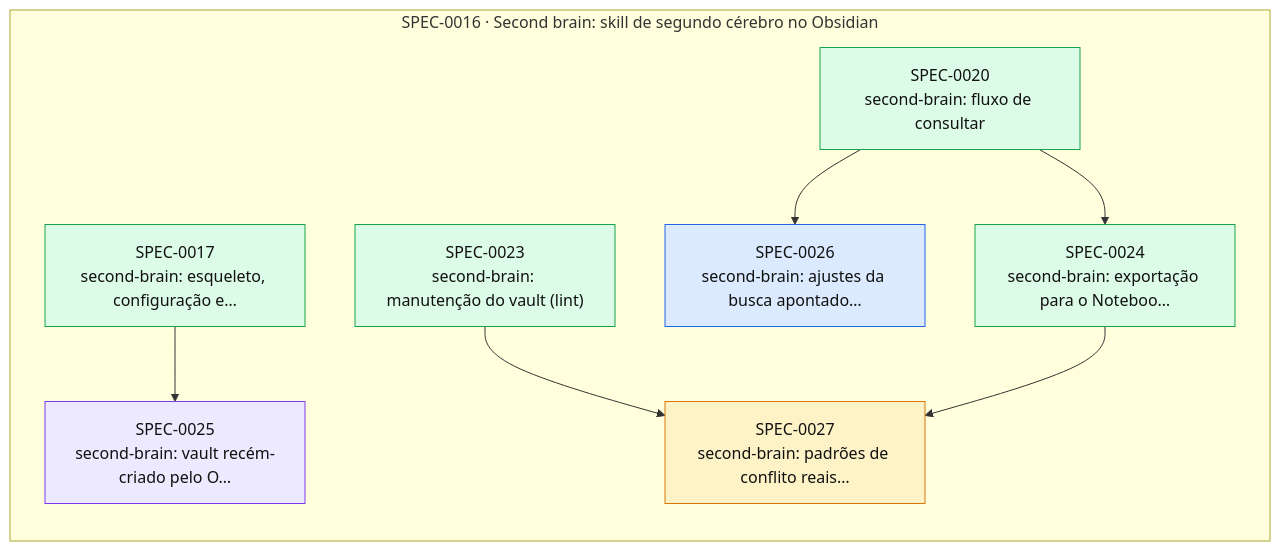
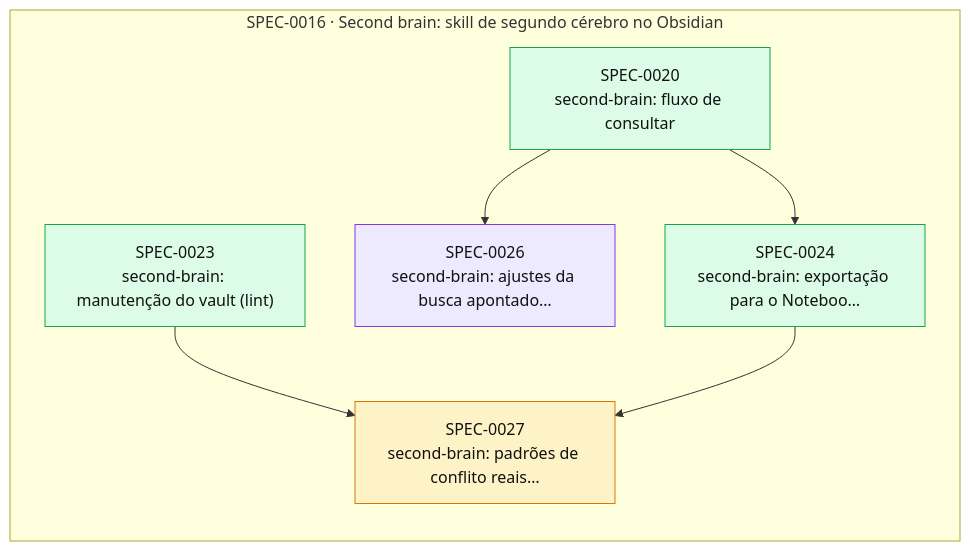
One commit to thomasravache/ai-dev-brain changed the diagram in docs/specs/INDEX.md. Above: the diagram before and after it, drawn with Mermaid. The commit also changed other lines of this file and 2 other files, not shown here.

First line of the commit message:
docs(specs): G7 e fechamento da SPEC-0025; SPEC-0026 em execução

````diff
--- a/docs/specs/INDEX.md
+++ b/docs/specs/INDEX.md
@@ -47,22 +46,19 @@
 ```mermaid
 flowchart LR
   subgraph E0016["SPEC-0016 · Second brain: skill de segundo cérebro no Obsidian"]
-    S0017["SPEC-0017<br/>second-brain: esqueleto, configuração e…"]:::implemented
     S0020["SPEC-0020<br/>second-brain: fluxo de consultar"]:::implemented
     S0023["SPEC-0023<br/>second-brain: manutenção do vault (lint)"]:::implemented
     S0024["SPEC-0024<br/>second-brain: exportação para o Noteboo…"]:::implemented
-    S0025["SPEC-0025<br/>second-brain: vault recém-criado pelo O…"]:::inprogress
-    S0026["SPEC-0026<br/>second-brain: ajustes da busca apontado…"]:::approved
+    S0026["SPEC-0026<br/>second-brain: ajustes da busca apontado…"]:::inprogress
     S0027["SPEC-0027<br/>second-brain: padrões de conflito reais…"]:::proposed
   end
   S0020 --> S0024
-  S0017 --> S0025
   S0020 --> S0026
   S0023 --> S0027
   S0024 --> S0027
   classDef proposed fill:#fef3c7,stroke:#d97706,color:#111
   classDef approved fill:#dbeafe,stroke:#2563eb,color:#111
   classDef inprogress fill:#ede9fe,stroke:#7c3aed,color:#111
   classDef implemented fill:#dcfce7,stroke:#16a34a,color:#111
   classDef deprecated fill:#f3f4f6,stroke:#9ca3af,color:#6b7280
 ```
````
